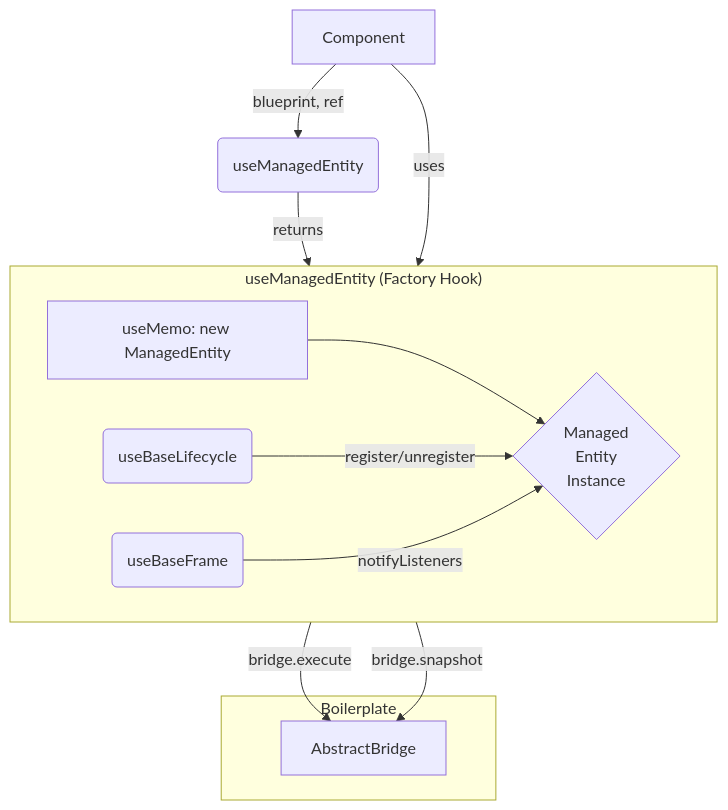
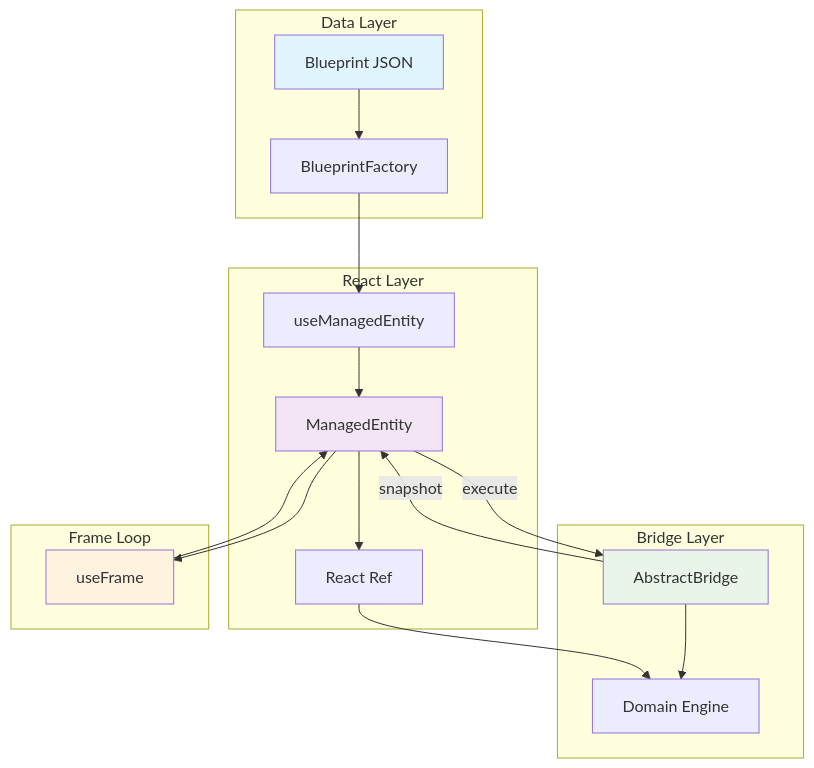
The diagram in docs/domain/BOILERPLATE_ARCHITECTURE.md (jigglypop/gaesup-world), drawn with Mermaid before and after one commit. The commit also changed other lines of this file and 36 other files, not shown here.

````diff
--- a/docs/domain/BOILERPLATE_ARCHITECTURE.md
+++ b/docs/domain/BOILERPLATE_ARCHITECTURE.md
@@ -35,21 +193,30 @@
 ```mermaid
 graph TD
-    A[Component] -- blueprint, ref --> B(useManagedEntity);
+    subgraph "Data Layer"
+        A[Blueprint JSON] --> B[BlueprintFactory];
+    end
     
-    subgraph "useManagedEntity (Factory Hook)"
-        direction LR
-        C[useMemo: new ManagedEntity] --> D{Managed<br/>Entity<br/>Instance};
-        E(useBaseLifecycle) -- register/unregister --> D;
-        F(useBaseFrame) -- notifyListeners --> D;
+    subgraph "React Layer" 
+        C[useManagedEntity] --> D[ManagedEntity];
+        D --> E[React Ref];
     end
-
-    B -- returns --> D;
-    A -- uses --> D;
-
-    D -- bridge.execute --> G[AbstractBridge];
-    D -- bridge.snapshot --> G;
-
-    subgraph "Boilerplate"
-        C; E; F; G;
+    
+    subgraph "Bridge Layer"
+        F[AbstractBridge] --> G[Domain Engine];
+        D -- execute --> F;
+        F -- snapshot --> D;
     end
+    
+    subgraph "Frame Loop"
+        H[useFrame] --> D;
+        D --> H;
+    end
+    
+    B --> C;
+    E --> G;
+    
+    style A fill:#e1f5fe
+    style D fill:#f3e5f5
+    style F fill:#e8f5e8
+    style H fill:#fff3e0
 ```
````
